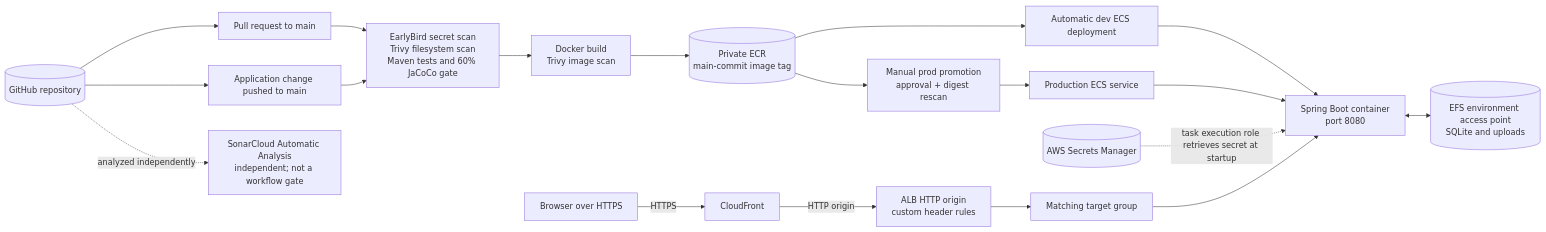
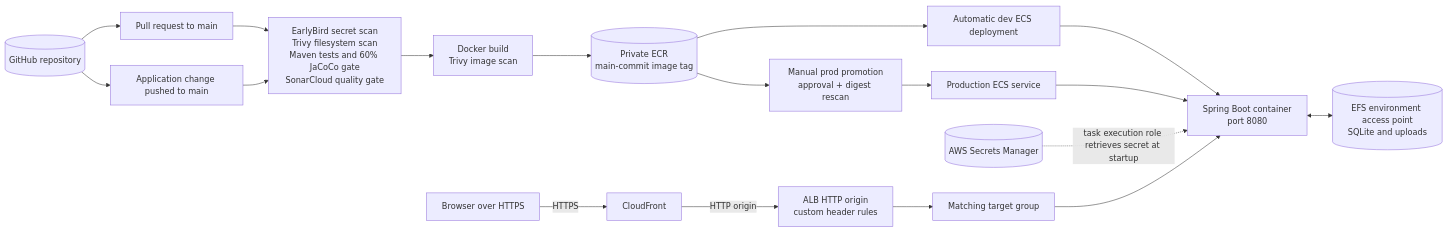
Before and after one commit to ManikalaSunitha/CI-CD-Automation-and-Cloud-Deployment: the diagram in ARCHITECTURE.md, drawn with Mermaid. The commit also changed other lines of this file and 2 other files, not shown here.

Commit message:
Updated the workflow files

````diff
--- a/ARCHITECTURE.md
+++ b/ARCHITECTURE.md
@@ -9,31 +9,29 @@
 ```mermaid
 flowchart LR
   Repo[("GitHub repository")]
   PR["Pull request to main"]
   Push["Application change pushed to main"]
-  Gates["EarlyBird secret scan<br/>Trivy filesystem scan<br/>Maven tests and 60% JaCoCo gate"]
-  Sonar["SonarCloud Automatic Analysis<br/>independent; not a workflow gate"]
+  Gates["EarlyBird secret scan<br/>Trivy filesystem scan<br/>Maven tests and 60% JaCoCo gate<br/>SonarCloud quality gate"]
   Build["Docker build<br/>Trivy image scan"]
   ECR[("Private ECR<br/>main-commit image tag")]
   Dev["Automatic dev ECS deployment"]
   Promote["Manual prod promotion<br/>approval + digest rescan"]
   Prod["Production ECS service"]
   Secrets[("AWS Secrets Manager")]
   Data[("EFS environment access point<br/>SQLite and uploads")]
   Browser["Browser over HTTPS"]
   CF["CloudFront"]
   ALB["ALB HTTP origin<br/>custom header rules"]
   TG["Matching target group"]
   App["Spring Boot container<br/>port 8080"]
 
   Repo --> PR --> Gates
   Repo --> Push --> Gates --> Build --> ECR
-  Repo -. "analyzed independently" .-> Sonar
   ECR --> Dev
   ECR --> Promote --> Prod
   Dev --> App
   Prod --> App
   Secrets -. "task execution role retrieves secret at startup" .-> App
   App <--> Data
   Browser -->|HTTPS| CF -->|HTTP origin| ALB --> TG --> App
 ```
````
